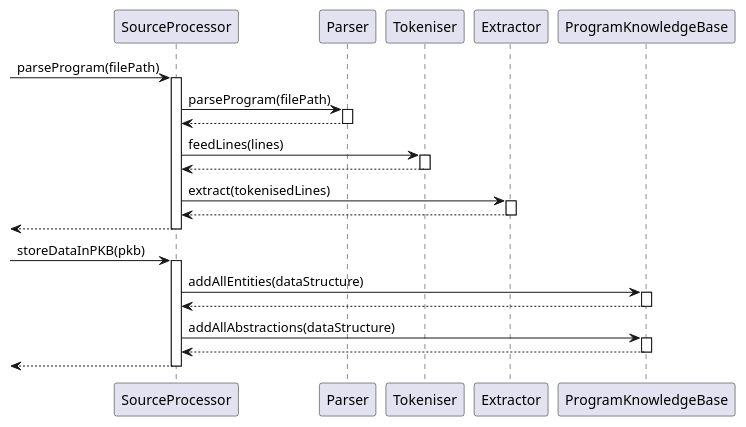
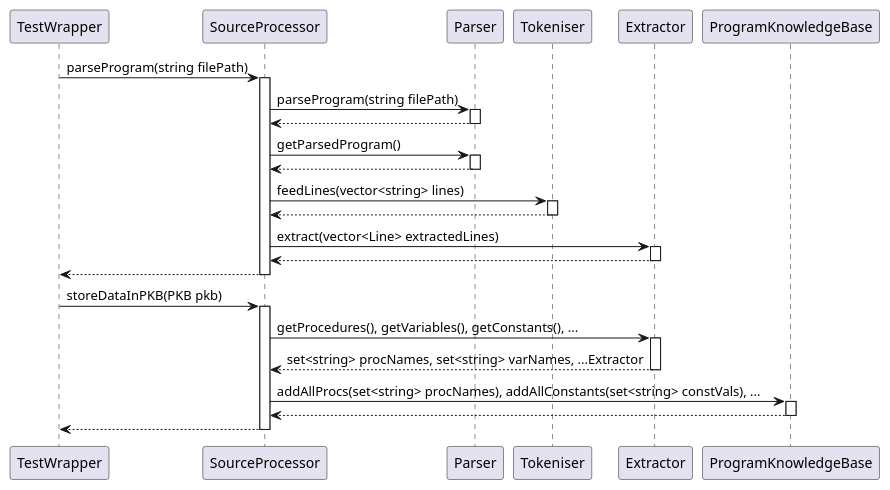
Before and after one commit to JinxinZhao315/Static-Program-Analyzer: the diagram in Team15/Diagrams/SP.puml, drawn with PlantUML. The commit also changed 2 other files, not shown here.

Commit message:
Modify diagram and remove unnecessary code

```diff
--- a/Team15/Diagrams/SP.puml
+++ b/Team15/Diagrams/SP.puml
@@ -1,45 +1,52 @@
 @startuml
--> SourceProcessor: parseProgram(filePath)
+TestWrapper -> SourceProcessor: parseProgram(string filePath)
 activate SourceProcessor
 
-SourceProcessor -> Parser: parseProgram(filePath)
+SourceProcessor -> Parser: parseProgram(string filePath)
 activate Parser
 
 Parser --> SourceProcessor
 deactivate Parser
 
-SourceProcessor -> Tokeniser: feedLines(lines)
+SourceProcessor -> Parser: getParsedProgram()
+activate Parser
+
+Parser --> SourceProcessor
+deactivate Parser
+
+SourceProcessor -> Tokeniser: feedLines(vector<string> lines)
 activate Tokeniser
 
 Tokeniser --> SourceProcessor
 deactivate Tokeniser
 
-SourceProcessor -> Extractor: extract(tokenisedLines)
+SourceProcessor -> Extractor: extract(vector<Line> extractedLines)
 activate Extractor
 
 SourceProcessor <-- Extractor
 deactivate Extractor
 
-<-- SourceProcessor
+TestWrapper <-- SourceProcessor
 deactivate SourceProcessor
 
 
 
--> SourceProcessor: storeDataInPKB(pkb)
+TestWrapper -> SourceProcessor: storeDataInPKB(PKB pkb)
 activate SourceProcessor
 
-SourceProcessor -> ProgramKnowledgeBase: addAllEntities(dataStructure)
+SourceProcessor -> Extractor: getProcedures(), getVariables(), getConstants(), ...
+activate Extractor
+
+SourceProcessor <-- Extractor: set<string> procNames, set<string> varNames, ...Extractor
+deactivate Extractor
+
+SourceProcessor -> ProgramKnowledgeBase: addAllProcs(set<string> procNames), addAllConstants(set<string> constVals), ...
 activate ProgramKnowledgeBase
 
 SourceProcessor <-- ProgramKnowledgeBase
 deactivate ProgramKnowledgeBase
 
-SourceProcessor -> ProgramKnowledgeBase: addAllAbstractions(dataStructure)
-activate ProgramKnowledgeBase
 
-SourceProcessor <-- ProgramKnowledgeBase
-deactivate ProgramKnowledgeBase
-
-<-- SourceProcessor
+TestWrapper <-- SourceProcessor
 deactivate SourceProcessor
 @enduml
```
